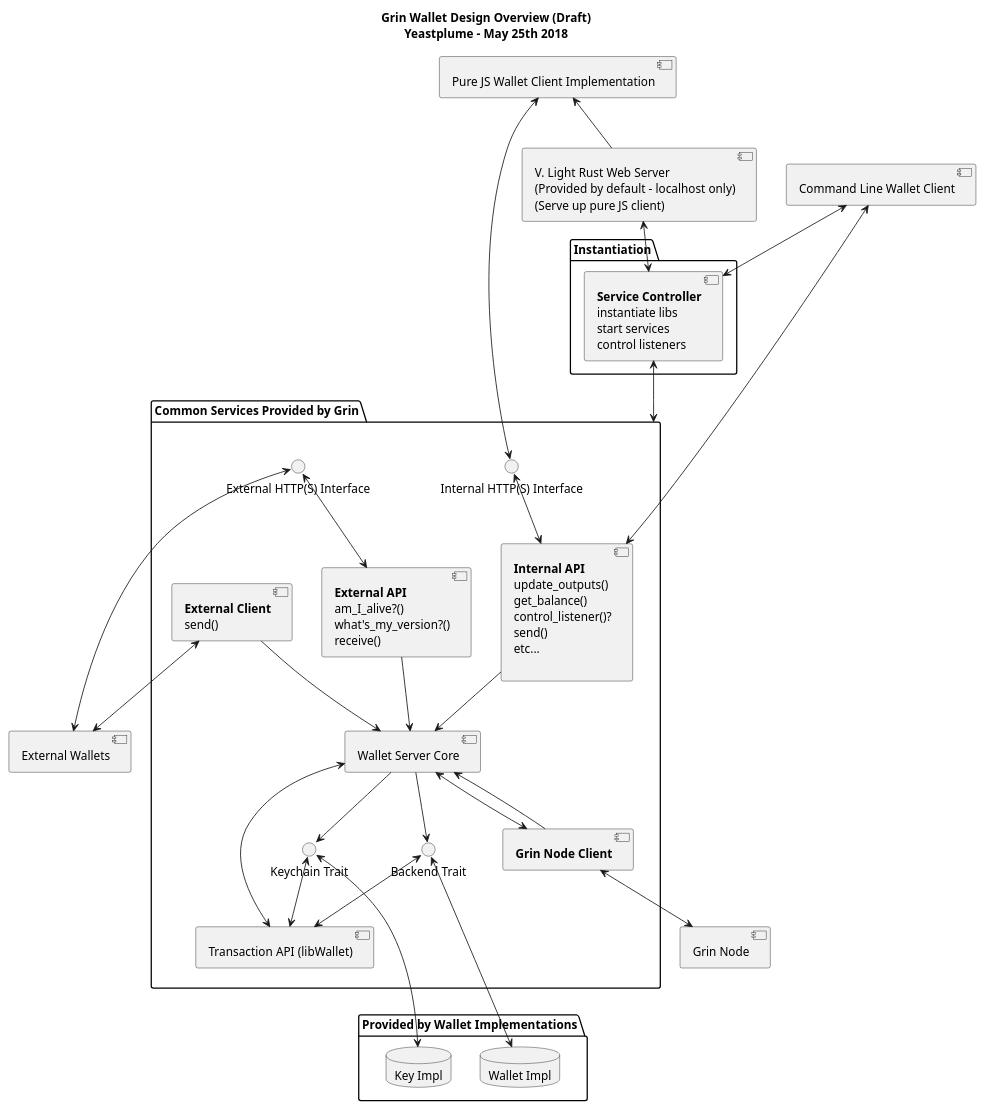
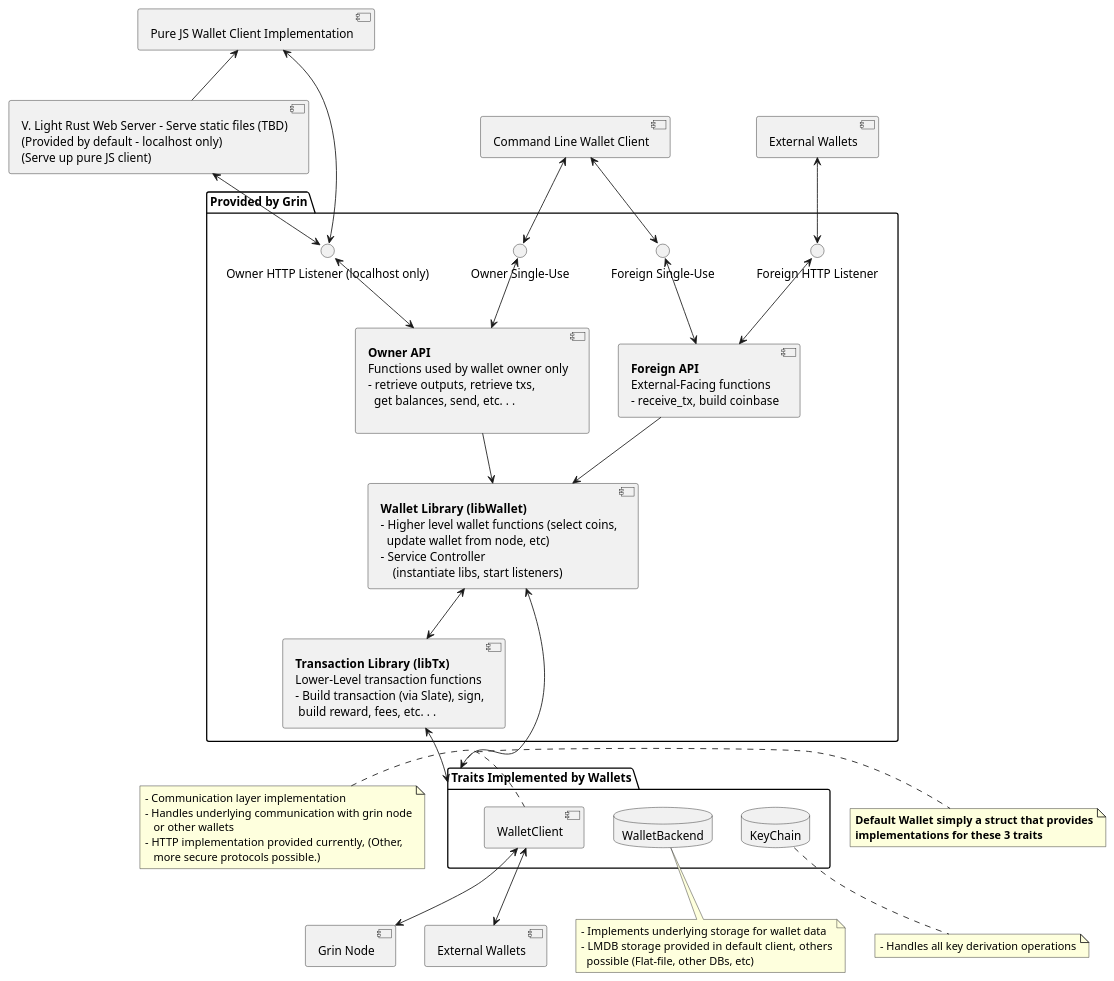
One commit to mimblewimble/grin changed the diagram in doc/wallet/design/wallet-arch.puml. Above: the diagram before and after it, drawn with PlantUML. The commit also changed 3 other files, not shown here.

Commit message:
Redo wallet arch document, update design document with current info, move older design document into 'goals.md'

```diff
--- a/doc/wallet/design/wallet-arch.puml
+++ b/doc/wallet/design/wallet-arch.puml
@@ -1,104 +1,110 @@
 @startuml grin-wallet-overview 
 skinparam componentStyle uml2
 
-title 
-**Grin Wallet Design Overview (Draft)**
-Yeastplume - May 25th 2018
-end title
-
 [Grin Node] as grin_node
 
-folder "Common Services Provided by Grin" as services {
-	component external_api [
-		**External API**
-		am_I_alive?()
-		what's_my_version?()
-		receive()
+folder "Provided by Grin" as services {
+	component foreign_api [
+		**Foreign API**
+		External-Facing functions
+		- receive_tx, build coinbase
 	]
 
-	component internal_api [
-		**Internal API**
-		update_outputs()
-		get_balance()
-		control_listener()?
-		send()
-		etc...
+	component owner_api [
+		**Owner API**
+		Functions used by wallet owner only
+		- retrieve outputs, retrieve txs,
+		  get balances, send, etc. . .
 
 	]
-	[Wallet Server Core] as wallet_server_core
-	[Transaction API (libWallet)] as libwallet
-	() "Backend Trait" as wallet_data_backend_trait
-	() "Keychain Trait" as wallet_keychain_trait
-	() "Internal HTTP(S) Interface" as internal_http
-	() "External HTTP(S) Interface" as external_http
-	component internal_client [
-		**Grin Node Client**
+	component libtx [
+        **Transaction Library (libTx)**
+        Lower-Level transaction functions
+        - Build transaction (via Slate), sign,
+         build reward, fees, etc. . .
 	]
-	component external_client [
-		**External Client**
-		send()
+	component libwallet [
+        **Wallet Library (libWallet)	**
+        - Higher level wallet functions (select coins,
+          update wallet from node, etc)
+        - Service Controller
+            (instantiate libs, start listeners)
 	]
+	() "Owner HTTP Listener (localhost only)" as owner_http
+	() "Foreign HTTP Listener" as foreign_http
+	() "Owner Single-Use" as owner_single
+	() "Foreign Single-Use" as foreign_single
 }
 
-package Instantiation {
-	component loader [
-		**Service Controller**
-		instantiate libs
-		start services
-		control listeners
-	]
+' Trait definitions
+package "Traits Implemented by Wallets" as traits {
+	database "WalletBackend" as wallet_backend
+	database "KeyChain" as keychain
+	component "WalletClient" as wallet_client
 }
 
-loader <--> services
+note left of wallet_client
+    - Communication layer implementation
+    - Handles underlying communication with grin node
+       or other wallets
+    - HTTP implementation provided currently, (Other,
+       more secure protocols possible.)
+end note
 
-package "Provided by Wallet Implementations" {
-	database "Wallet Impl" as wallet_data
-	database "Key Impl" as key_data
-}
+note bottom of keychain
+    - Handles all key derivation operations
+end note
 
+note bottom of wallet_backend
+    - Implements underlying storage for wallet data
+    - LMDB  storage provided in default client, others
+      possible (Flat-file, other DBs, etc)
+end note
+
+libtx <--> traits
+libwallet <--> traits
+
+note right of traits
+    **Default Wallet simply a struct that provides**
+    **implementations for these 3 traits**
+end note
+
+' Client Side
 'package "Provided as reference implementation" {
 	[Pure JS Wallet Client Implementation] as js_client
 	[Command Line Wallet Client] as cl_client
 	component web_server [
-			V. Light Rust Web Server
+			V. Light Rust Web Server - Serve static files (TBD)
 			(Provided by default - localhost only)
 			(Serve up pure JS client)
 	]
 '}
 
-web_server <--> loader
+[External Wallets] as external_wallets
+[External Wallets] as external_wallets_2
+
+wallet_client <--> grin_node
+wallet_client <--> external_wallets_2
+
+web_server <--> owner_http
 js_client <-- web_server
-cl_client <--> internal_api
-cl_client <--> loader
+cl_client <--> owner_single
+cl_client <--> foreign_single
 
-[External Wallets] as external_wallets
+owner_single <--> owner_api
+foreign_single <--> foreign_api
 
-wallet_server_core --> wallet_data_backend_trait
-wallet_server_core --> wallet_keychain_trait
-wallet_data_backend_trait <--> wallet_data
-wallet_data_backend_trait <--> libwallet
-wallet_keychain_trait <--> key_data
-wallet_keychain_trait <--> libwallet
+libwallet <--> libtx
 
-wallet_server_core <--> libwallet
-wallet_server_core <--> internal_client
+foreign_api --> libwallet
+owner_api --> libwallet
 
-external_api --> wallet_server_core
-internal_api --> wallet_server_core
-internal_client --> wallet_server_core
-external_client --> wallet_server_core
-
-js_client <--> internal_http
-internal_http <--> internal_api
-external_wallets <--> external_http
-external_client <--> external_wallets
-internal_client <--> grin_node
-external_http <--> external_api
+js_client <--> owner_http
+owner_http <--> owner_api
+external_wallets <--> foreign_http
+foreign_http <--> foreign_api
 
 'layout fix
-grin_node -[hidden]- wallet_data
-
-
-
+'grin_node -[hidden]- wallet_backend
 
 @enduml
```
